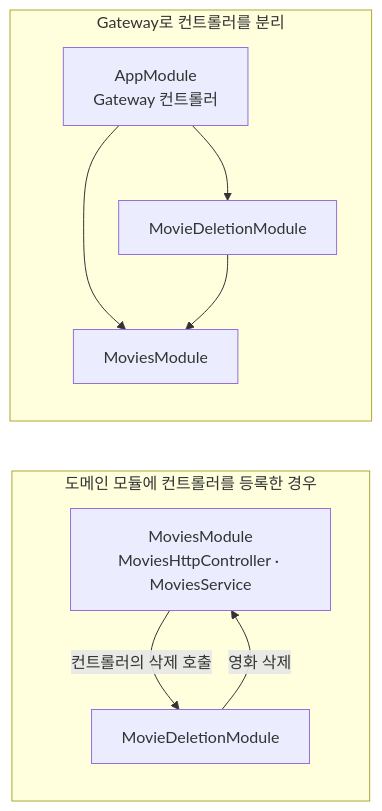
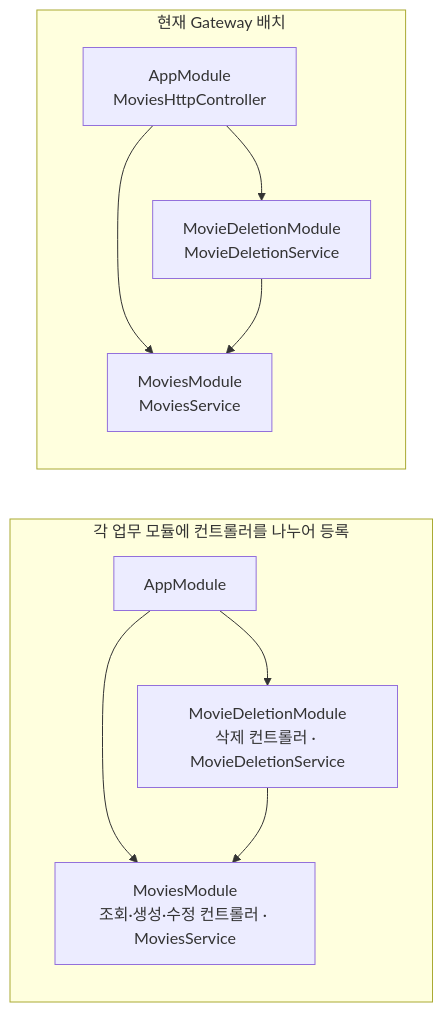
The second of 5 diagrams in apps/README.md (mannercode/nest-seed), drawn with Mermaid before and after one commit. The commit also changed other lines of this file and 1 other file, not shown here.

Commit message:
docs: explain gateway controller placement tradeoffs

````diff
--- a/apps/README.md
+++ b/apps/README.md
@@ -34,19 +34,21 @@
 ```mermaid
 flowchart LR
-    subgraph coupled["도메인 모듈에 컨트롤러를 등록한 경우"]
+    subgraph distributed["각 업무 모듈에 컨트롤러를 나누어 등록"]
         direction TB
-        M1["MoviesModule<br/>MoviesHttpController · MoviesService"]
-        D1["MovieDeletionModule"]
-        M1 -->|컨트롤러의 삭제 호출| D1
-        D1 -->|영화 삭제| M1
+        A1["AppModule"]
+        M1["MoviesModule<br/>조회·생성·수정 컨트롤러 · MoviesService"]
+        D1["MovieDeletionModule<br/>삭제 컨트롤러 · MovieDeletionService"]
+        A1 --> M1
+        A1 --> D1
+        D1 --> M1
     end
-    subgraph separated["Gateway로 컨트롤러를 분리"]
+    subgraph gateway["현재 Gateway 배치"]
         direction TB
-        A["AppModule<br/>Gateway 컨트롤러"]
-        D2["MovieDeletionModule"]
-        M2["MoviesModule"]
-        A --> D2
-        A --> M2
+        A2["AppModule<br/>MoviesHttpController"]
+        D2["MovieDeletionModule<br/>MovieDeletionService"]
+        M2["MoviesModule<br/>MoviesService"]
+        A2 --> D2
+        A2 --> M2
         D2 --> M2
     end
 ```
````
